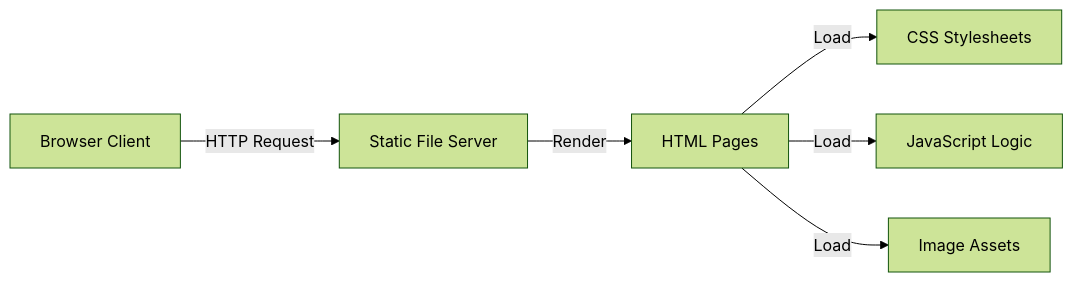
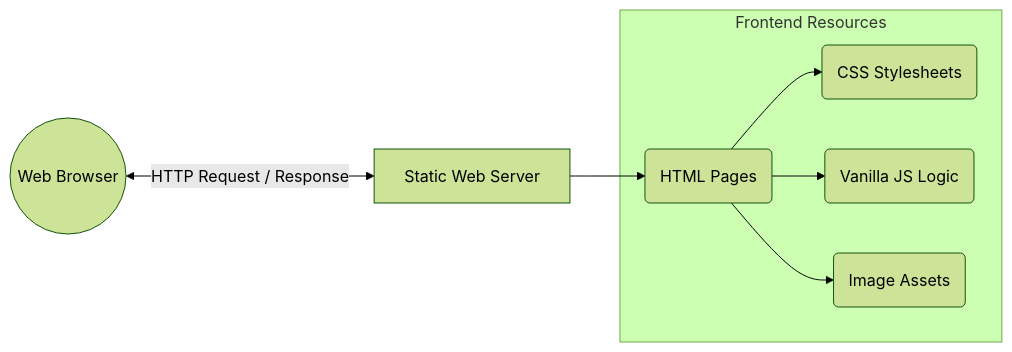
The diagram in README.md (NAxel-code/Coffee-Shop-Website), drawn with Mermaid (forest theme) before and after one commit. The commit also changed other lines of this file and 5 other files, not shown here.

Commit message:
docs: tambahkan UI screenshots dan perbaiki diagram arsitektur

````diff
--- a/README.md
+++ b/README.md
@@ -42,8 +61,17 @@
 ```mermaid
 flowchart LR
-    U[Browser Client] -->|HTTP Request| S[Static File Server]
-    S -->|Render| H[HTML Pages]
-    H -->|Load| C[CSS Stylesheets]
-    H -->|Load| J[JavaScript Logic]
-    H -->|Load| I[Image Assets]
+    Client((Web Browser))
+    Server[Static Web Server]
+    
+    Client <-->|HTTP Request / Response| Server
+    
+    subgraph Assets [Frontend Resources]
+        HTML(HTML Pages)
+        CSS(CSS Stylesheets)
+        JS(Vanilla JS Logic)
+        IMG(Image Assets)
+    end
+    
+    Server --> HTML
+    HTML --> CSS & JS & IMG
 ```
````
